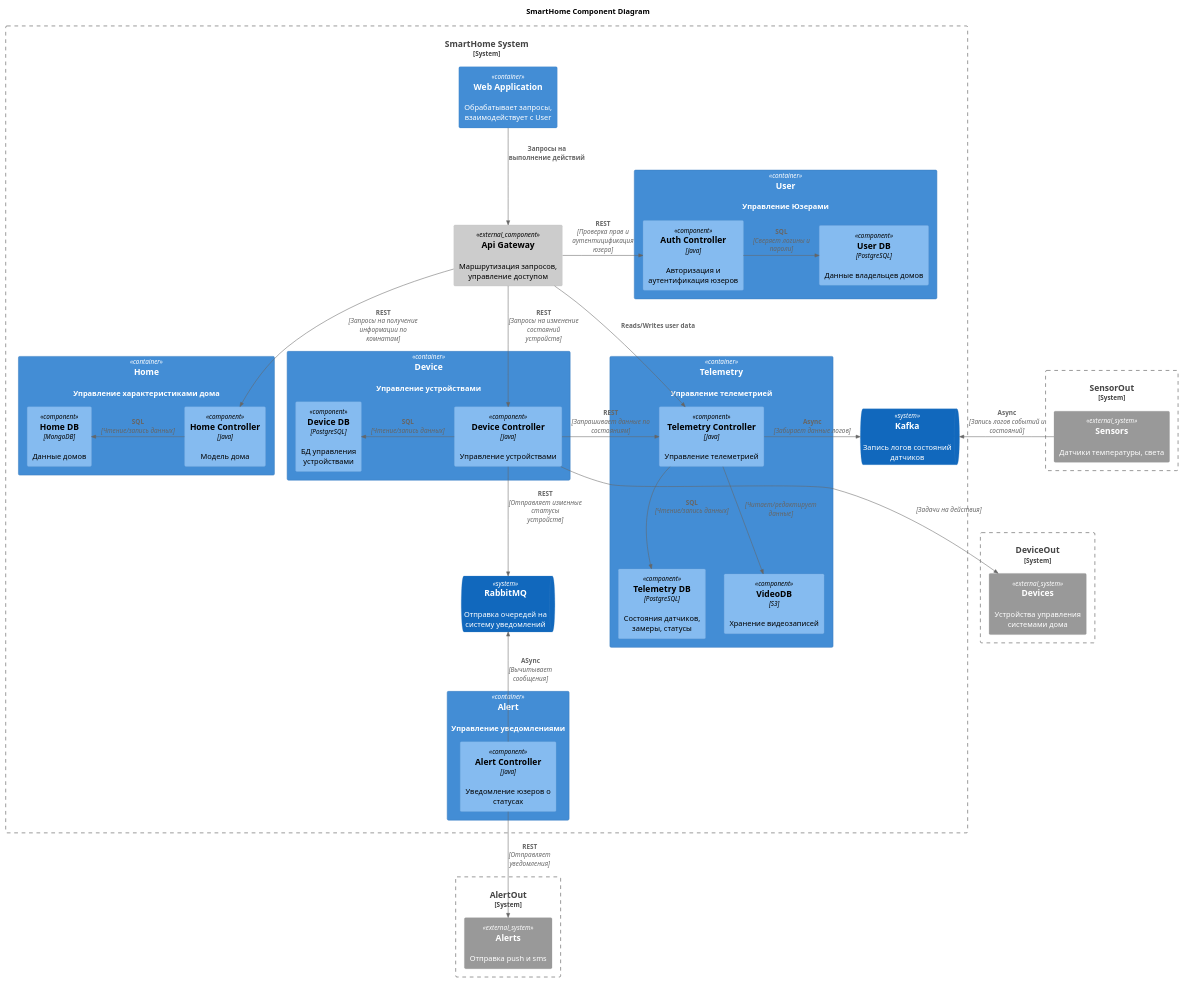
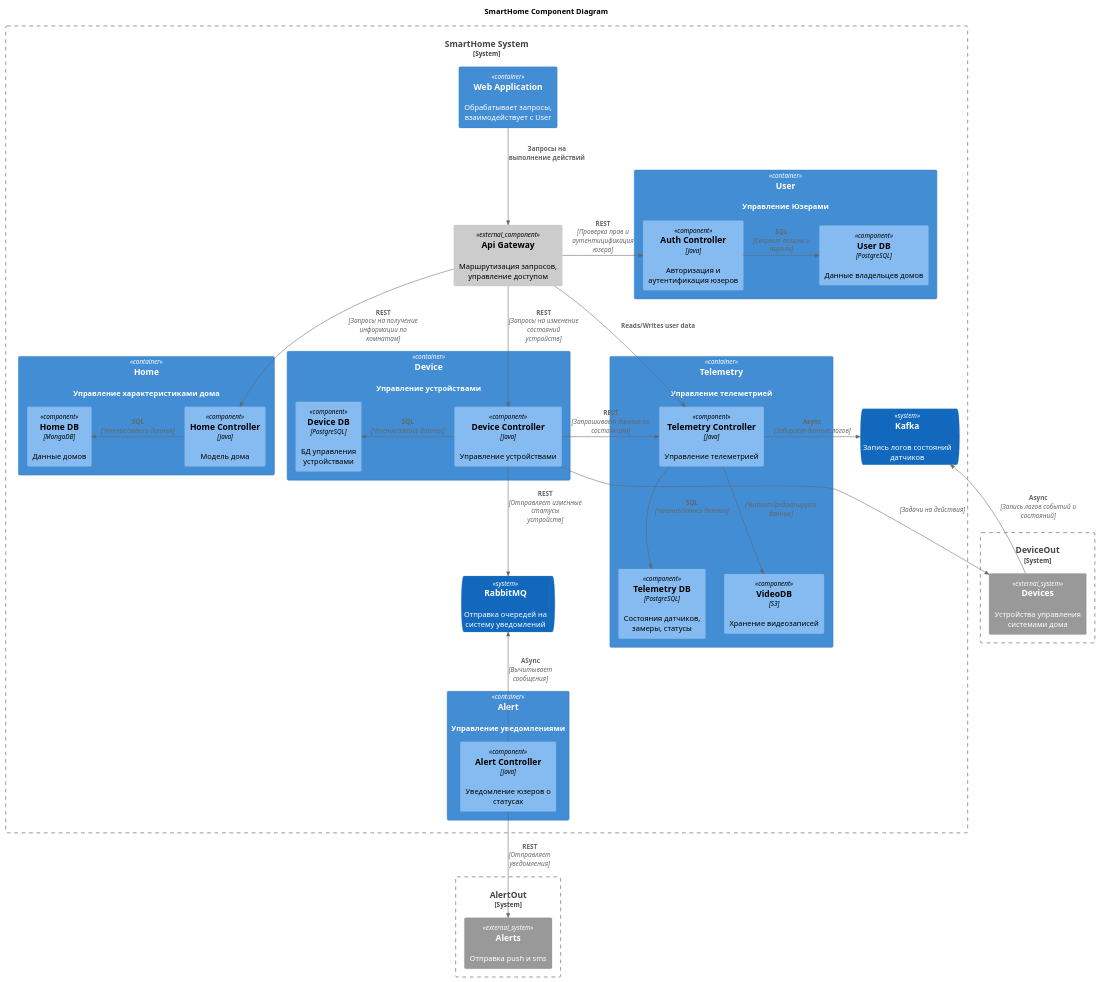
One commit to Ayzatullin/Yandex-Practicum-architecture-sprint-3 changed the diagram in diagrams/component/To-be. Component.puml. Above: the diagram before and after it, drawn with PlantUML. The commit also changed 6 other files, not shown here.

Commit message:
Исправил схемы

```diff
--- a/diagrams/component/To-be. Component.puml
+++ b/diagrams/component/To-be. Component.puml
@@ -1,83 +1,79 @@
 @startuml
 title SmartHome Component Diagram
 top to bottom direction
 
 !includeurl https://raw.githubusercontent.com/RicardoNiepel/C4-PlantUML/master/C4_Component.puml
 
 
 System_Boundary(SmartHome, "SmartHome System") {
   Container(WebApps, "Web Application", "", "Обрабатывает запросы, взаимодействует с User")
   Container(User, "User", "", "Управление Юзерами")
   Container(Home, "Home", "", "Управление характеристиками дома")
   Container(Device, "Device", "", "Управление устройствами")
   Container(Telemetry, "Telemetry", "", "Управление телеметрией")
   Container(AlertIn, "Alert", "", "Управление уведомлениями")
   Component_Ext(ApiGateway, "Api Gateway", "", "Маршрутизация запросов, управление доступом")
   SystemQueue(RabbitMQ, "RabbitMQ", "Отправка очередей на систему уведомлений")
   SystemQueue(Kafka, "Kafka", "Запись логов состояний датчиков")
 }
 
 Container(User, "User") {
   Component(AuthCrl, "Auth Controller", "Java", "Авторизация и аутентификация юзеров")
   Component(userDB, "User DB", "PostgreSQL", "Данные владельцев домов")
 }
 
 Container(Home, "Home") {
   Component(HomeCrl, "Home Controller", "Java","Модель дома")
   Component(homeDB, "Home DB", "MongoDB", "Данные домов")
 }
 
 Container(Device, "Device") {
   Component(DeviceCrl, "Device Controller", "Java", "Управление устройствами")
   Component(deviceDB, "Device DB", "PostgreSQL", "БД управления устройствами")
 }
 
 Container(Telemetry, "Telemetry") {
   Component(TelemetryCrl, "Telemetry Controller", "Java", "Управление телеметрией")
   Component(TelemetryDB, "Telemetry DB", "PostgreSQL", "Состояния датчиков, замеры, статусы")
   Component(S3, "VideoDB", "S3", "Хранение видеозаписей")
 }
 
 Container(AlertIn, "AlertIn") {
   Component(AlertCrl, "Alert Controller", "Java", "Уведомление юзеров о статусах")
 }
 
 System_Boundary(DeviceOut, "DeviceOut") {
   System_Ext(Devices, "Devices", "Устройства управления системами дома")
 }
-System_Boundary(SensorOut, "SensorOut") {
-  System_Ext(Sensors, "Sensors", "Датчики температуры, света")
-}
+
 System_Boundary(AlertOut, "AlertOut") {
   System_Ext(Alert, "Alerts", "Отправка push и sms")
 }
-
-
 
 Rel(WebApps,ApiGateway,"Запросы на выполнение действий")
 
 Rel(ApiGateway,HomeCrl, "REST", "Запросы на получение информации по комнатам")
 Rel_R(ApiGateway,AuthCrl, "REST","Проверка прав и аутентицификация юзера")
 Rel_D(ApiGateway,DeviceCrl, "REST", "Запросы на изменение состояний устройств")
 Rel_D(ApiGateway, TelemetryCrl,"Reads/Writes user data")
 
 Rel_R(AuthCrl,userDB, "SQL","Сверяет логины и пароли")
 Rel_L(HomeCrl,homeDB, "SQL", "Чтение/запись данных")
 Rel_L(DeviceCrl,deviceDB, "SQL", "Чтение/запись данных")
 Rel_D(TelemetryCrl, TelemetryDB, "SQL", "Чтение/запись данных")
 Rel_D(TelemetryCrl, S3, "", "Читает/редактирует данные")
 
 Rel_L(DeviceCrl, TelemetryCrl, "REST", "Запрашивает данные по состояниям")
 
 Rel_D(DeviceCrl, RabbitMQ, "REST", "Отправляет изменные статусы устройств")
 Rel_U(AlertCrl, RabbitMQ, "ASync", "Вычитывает сообщения")
-Rel_L(Sensors, Kafka, "Async", "Запись логов событий и состояний")
+Rel_L(Devices, Kafka, "Async", "Запись логов событий и состояний")
 Rel_L(TelemetryCrl, Kafka, "Async", "Забирает данные логов")
 
 
 Rel(DeviceCrl, Devices, "", "Задачи на действия")
 Rel_D(AlertCrl, Alert, "REST", "Отправляет уведомления")
 
 
 
 @enduml
```
